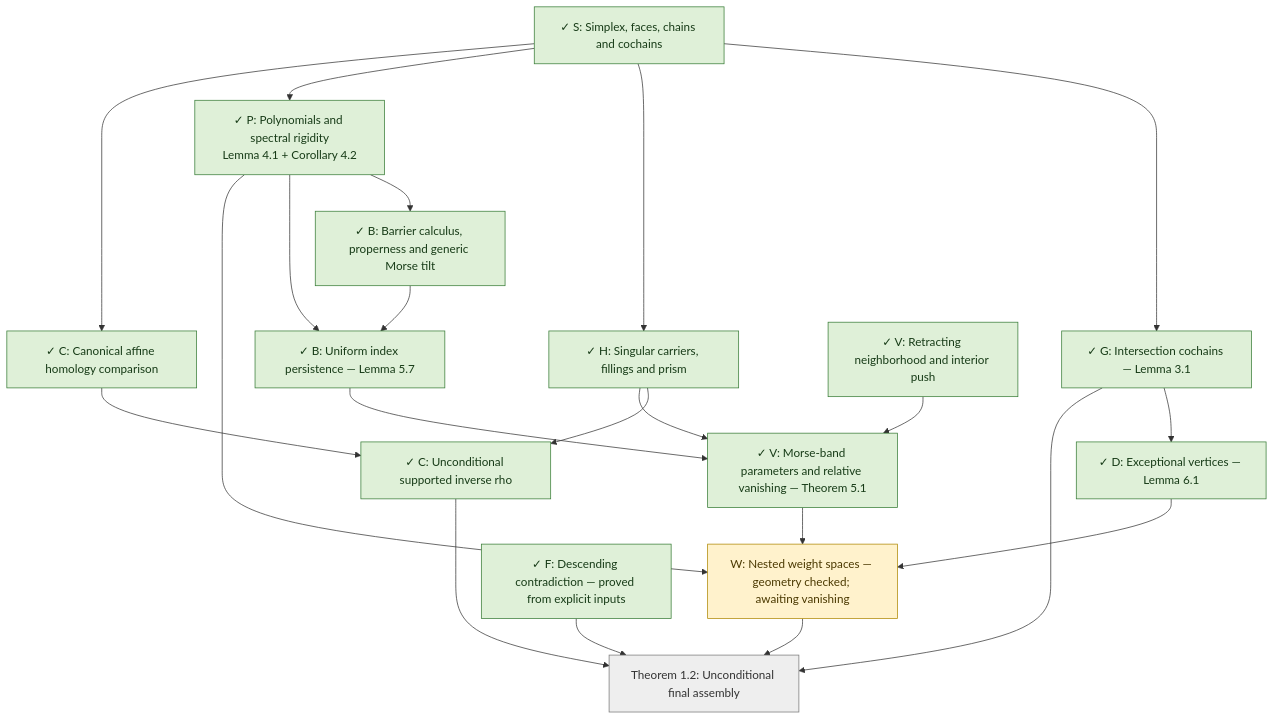
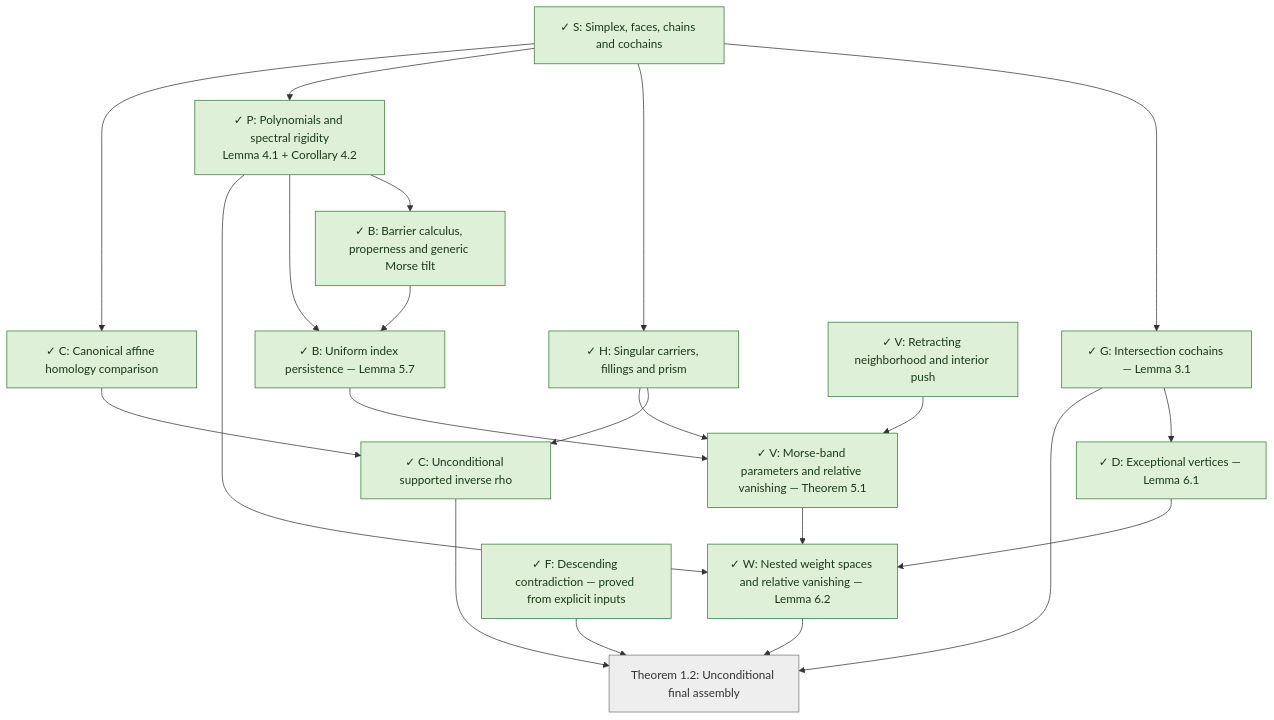
One commit to snorin239/SharpTopologicalOverlap changed the diagram in docs/blueprint.md. Above: the diagram before and after it, drawn with Mermaid. The commit also changed 10 other files, not shown here.

Commit message:
Prove nested weight-space fillings and vanishing

````diff
--- a/docs/blueprint.md
+++ b/docs/blueprint.md
@@ -51,41 +51,41 @@
 ```mermaid
 flowchart TD
   S["✓ S: Simplex, faces, chains and cochains"]:::done
   G["✓ G: Intersection cochains — Lemma 3.1"]:::done
   H["✓ H: Singular carriers, fillings and prism"]:::done
   P["✓ P: Polynomials and spectral rigidity<br/>Lemma 4.1 + Corollary 4.2"]:::done
   D["✓ D: Exceptional vertices — Lemma 6.1"]:::done
   C0["✓ C: Canonical affine homology comparison"]:::done
   C1["✓ C: Unconditional supported inverse rho"]:::done
   B0["✓ B: Barrier calculus, properness and generic Morse tilt"]:::done
   B1["✓ B: Uniform index persistence — Lemma 5.7"]:::done
   V0["✓ V: Retracting neighborhood and interior push"]:::done
   V1["✓ V: Morse-band parameters and relative vanishing — Theorem 5.1"]:::done
-  W["W: Nested weight spaces — geometry checked; awaiting vanishing"]:::working
+  W["✓ W: Nested weight spaces and relative vanishing — Lemma 6.2"]:::done
   F["✓ F: Descending contradiction — proved from explicit inputs"]:::done
   T["Theorem 1.2: Unconditional final assembly"]:::pending
   S --> G
   S --> H
   S --> P
   S --> C0
   G --> D
   C0 --> C1
   H --> C1
   P --> B0
   B0 --> B1
   P --> B1
   B1 --> V1
   V0 --> V1
   H --> V1
   D --> W
   P --> W
   V1 --> W
   C1 --> T
   W --> T
   F --> T
   G --> T
   classDef done fill:#dff0d8,stroke:#367b35,color:#173b17
   classDef working fill:#fff2cc,stroke:#ad8700,color:#4b3900
   classDef hard fill:#f8d7da,stroke:#b02a37,color:#641820
   classDef pending fill:#eeeeee,stroke:#777777,color:#333333
 ```
````
